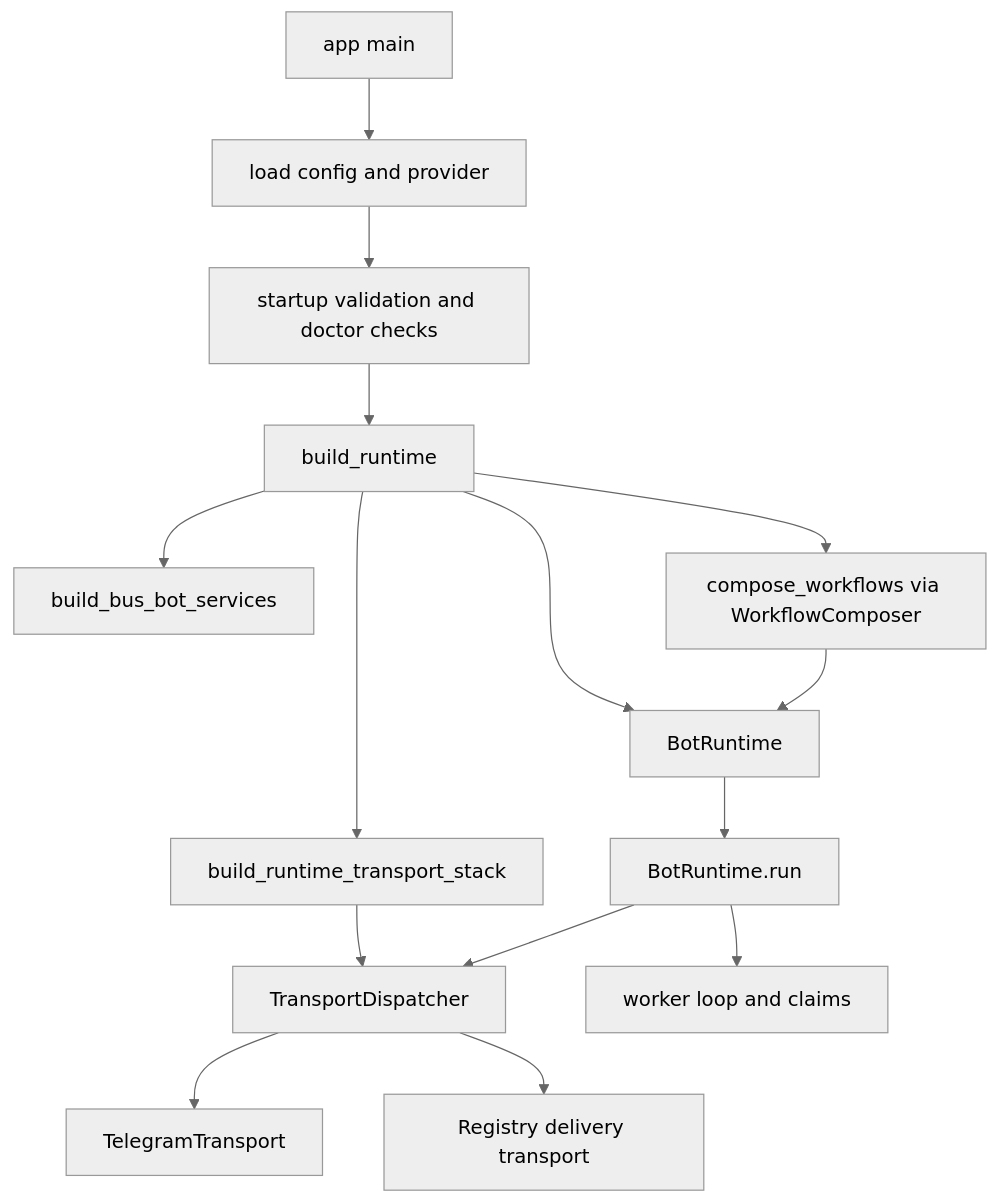
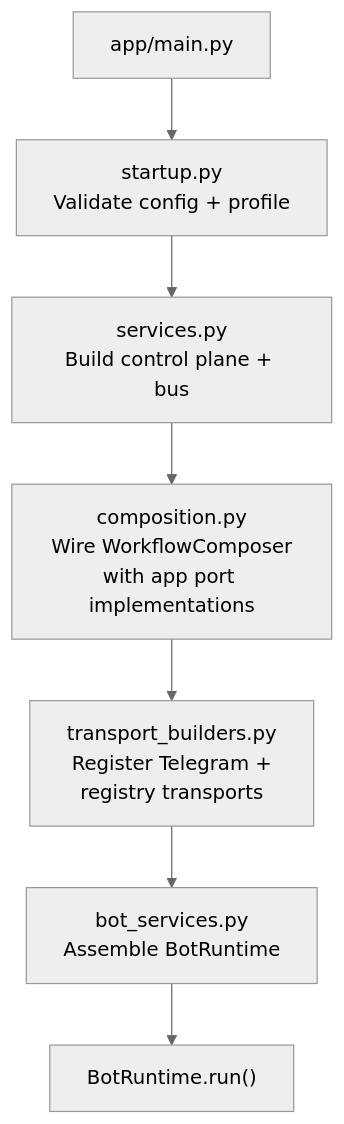
The sixth of 8 diagrams in ARCHITECTURE.md (privacynow/octopus), drawn with Mermaid (neutral theme) before and after one commit. The commit also changed other lines of this file, not shown here.

````diff
--- a/ARCHITECTURE.md
+++ b/ARCHITECTURE.md
@@ -439,31 +341,17 @@
 ```mermaid
 flowchart TD
-    main["app main"]
-    load["load config and provider"]
-    validate["startup validation and doctor checks"]
-    build["build_runtime"]
-    bot_services["build_bus_bot_services"]
-    workflow_comp["compose_workflows via WorkflowComposer"]
-    transport_stack["build_runtime_transport_stack"]
-    runtime["BotRuntime"]
-    run["BotRuntime.run"]
-    dispatcher["TransportDispatcher"]
-    telegram["TelegramTransport"]
-    registry_delivery["Registry delivery transport"]
-    worker["worker loop and claims"]
+    main["app/main.py"]
+    startup["startup.py<br/>Validate config + profile"]
+    services["services.py<br/>Build control plane + bus"]
+    composition["composition.py<br/>Wire WorkflowComposer<br/>with app port implementations"]
+    builders["transport_builders.py<br/>Register Telegram +<br/>registry transports"]
+    bot_services["bot_services.py<br/>Assemble BotRuntime"]
+    runtime["BotRuntime.run()"]
 
-    main --> load
-    load --> validate
-    validate --> build
-    build --> bot_services
-    build --> workflow_comp
-    build --> transport_stack
-    build --> runtime
-    workflow_comp --> runtime
-    transport_stack --> dispatcher
-    dispatcher --> telegram
-    dispatcher --> registry_delivery
-    runtime --> run
-    run --> dispatcher
-    run --> worker
+    main --> startup
+    startup --> services
+    services --> composition
+    composition --> builders
+    builders --> bot_services
+    bot_services --> runtime
 ```
````
